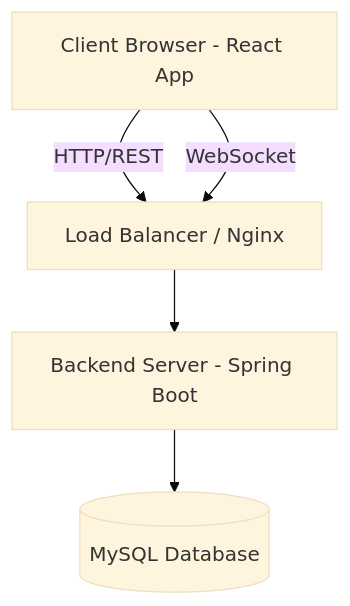
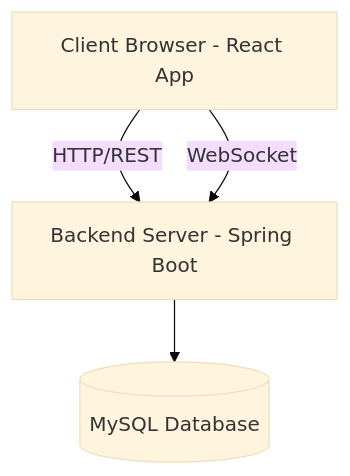
The diagram in README.md (TrinadhGorrela/real-time-chat-app), drawn with Mermaid (base theme) before and after one commit.

Commit message:
fix: update architecture diagram to remove load balancer representation

````diff
--- a/README.md
+++ b/README.md
@@ -66,12 +66,10 @@
 ```mermaid
 graph TD
     Client[Client Browser - React App]
-    LB[Load Balancer / Nginx]
     Backend[Backend Server - Spring Boot]
     DB[(MySQL Database)]
 
-    Client -->|HTTP/REST| LB
-    Client -->|WebSocket| LB
-    LB --> Backend
+    Client -->|HTTP/REST| Backend
+    Client -->|WebSocket| Backend
     Backend --> DB
 ```
````
